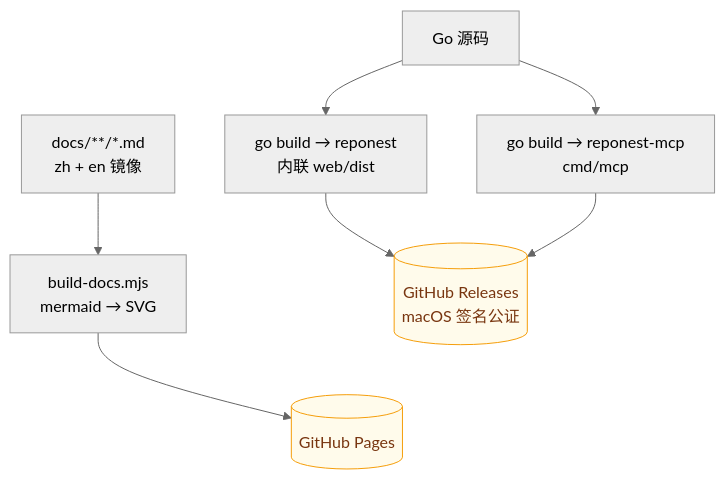
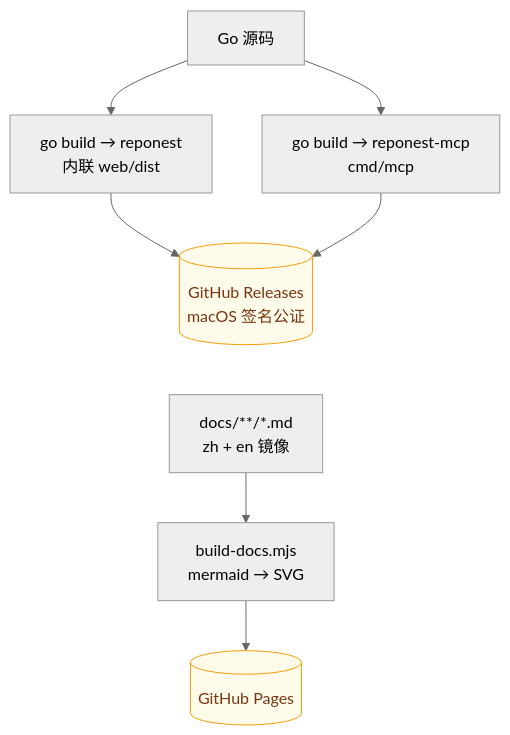
Before and after one commit to sky-jiangcheng/RepoNest: the fourth of 4 diagrams in docs/architecture.md, drawn with Mermaid (neutral theme). The commit also changed other lines of this file and 8 other files, not shown here.

Commit message:
docs(diagrams): improve readability of dense architecture diagrams

````diff
--- a/docs/architecture.md
+++ b/docs/architecture.md
@@ -97,12 +97,12 @@
 ```mermaid
 flowchart TB
     SRC["Go 源码"] --> B1["go build → reponest<br/>内联 web/dist"]
     SRC --> B2["go build → reponest-mcp<br/>cmd/mcp"]
     B1 --> REL[("GitHub Releases<br/>macOS 签名公证")]
     B2 --> REL
     MD["docs/**/*.md<br/>zh + en 镜像"] --> B3["build-docs.mjs<br/>mermaid → SVG"]
     B3 --> PAGES[("GitHub Pages")]
-    REL ~~~ PAGES
+    REL ~~~ MD
     classDef store fill:#fffbeb,stroke:#f59e0b,color:#78350f
     class REL,PAGES store
 ```
````
